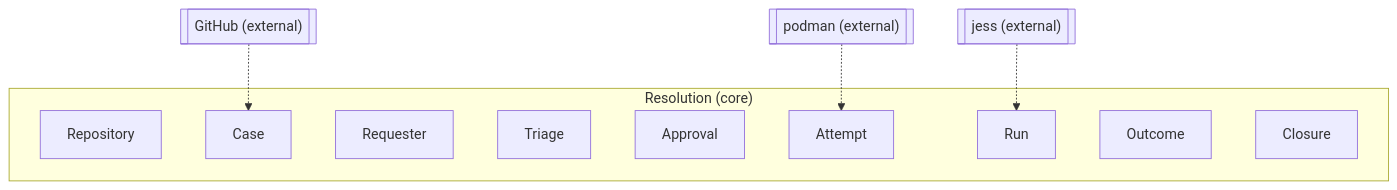
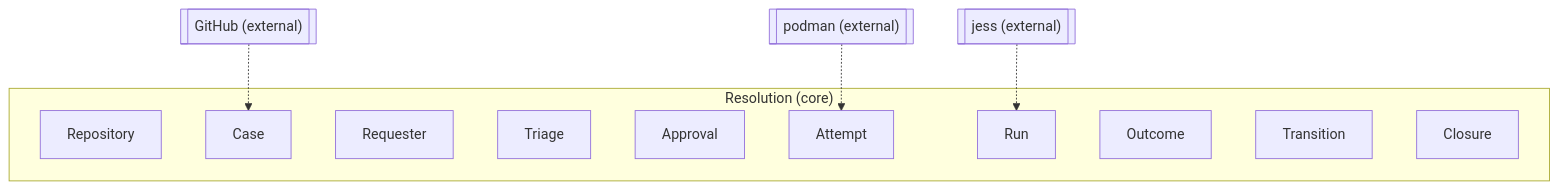
One commit to guygrigsby/autophage changed the first of 4 diagrams in docs/specs/2026-09-04-autophage-domain-model.md. Above: the diagram before and after it, drawn with Mermaid. The commit also changed other lines of this file and 2 other files, not shown here.

````diff
--- a/docs/specs/2026-09-04-autophage-domain-model.md
+++ b/docs/specs/2026-09-04-autophage-domain-model.md
@@ -5,17 +5,18 @@
 ```mermaid
 flowchart TB
     subgraph R["Resolution (core)"]
         Repository
         Case
         Requester
         Triage
         Approval
         Attempt
         Run
         Outcome
+        Transition
         Closure
     end
     GH[["GitHub (external)"]] -.-> Case
     PM[["podman (external)"]] -.-> Attempt
     JS[["jess (external)"]] -.-> Run
 ```
````
